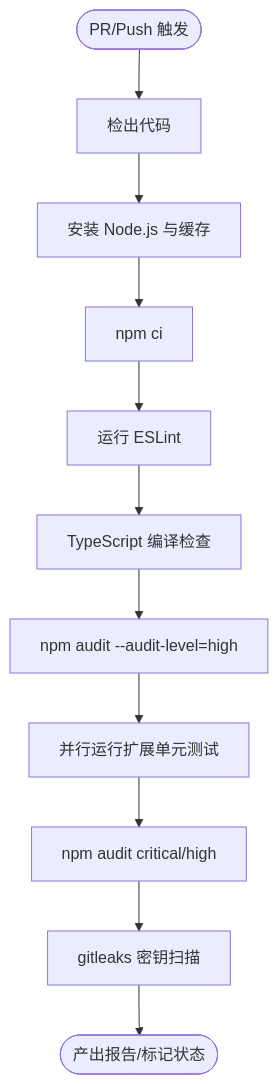
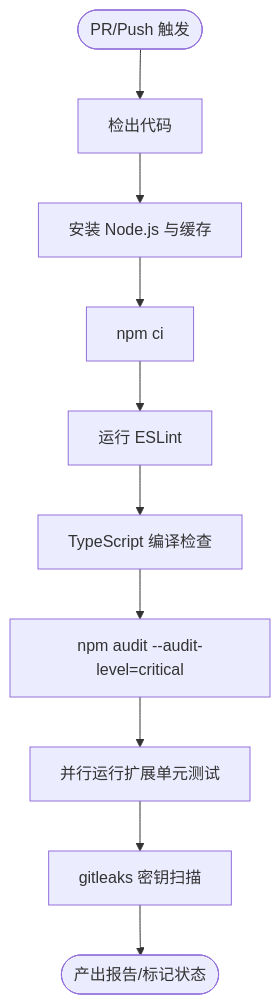
The third of 9 diagrams in .qoder/repowiki/zh/content/构建与部署/持续集成.md (sofate798/KodrixCode), drawn with Mermaid before and after one commit. The commit also changed other lines of this file and 6 other files, not shown here.

````diff
--- a/.qoder/repowiki/zh/content/构建与部署/持续集成.md
+++ b/.qoder/repowiki/zh/content/构建与部署/持续集成.md
@@ -155,13 +133,12 @@
 ```mermaid
 flowchart TD
 Start(["PR/Push 触发"]) --> Checkout["检出代码"]
 Checkout --> SetupNode["安装 Node.js 与缓存"]
 SetupNode --> InstallDeps["npm ci"]
 InstallDeps --> ESLint["运行 ESLint"]
 ESLint --> TSCheck["TypeScript 编译检查"]
-TSCheck --> AuditHigh["npm audit --audit-level=high"]
-AuditHigh --> TestExt["并行运行扩展单元测试"]
-TestExt --> SecAudit["npm audit critical/high"]
-SecAudit --> SecretScan["gitleaks 密钥扫描"]
+TSCheck --> AuditCritical["npm audit --audit-level=critical"]
+AuditCritical --> TestExt["并行运行扩展单元测试"]
+TestExt --> SecretScan["gitleaks 密钥扫描"]
 SecretScan --> End(["产出报告/标记状态"])
 ```
````
